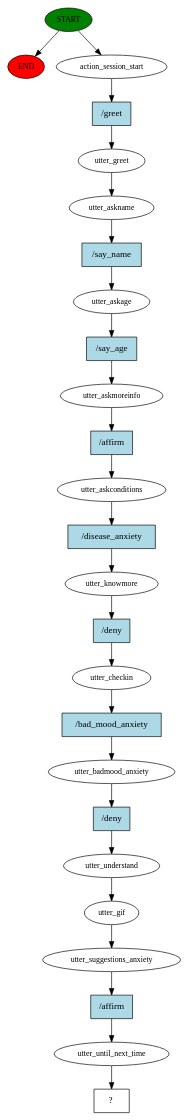
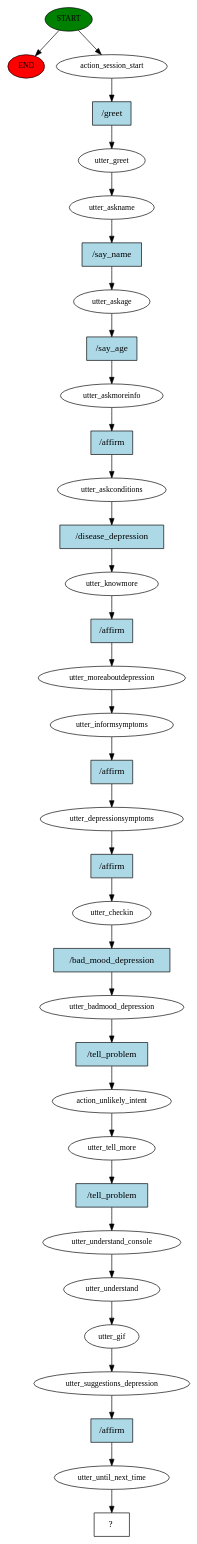
Before and after one commit to josemmsantos14/-ambinteligentes_tp2: the diagram in chatbot/story_graph.dot, drawn with Graphviz. The commit also changed 372 other files, not shown here.

```diff
--- a/chatbot/story_graph.dot
+++ b/chatbot/story_graph.dot
@@ -1,51 +1,69 @@
 digraph  {
 0 [class="start active", fillcolor=green, fontsize=12, label=START, style=filled];
 "-1" [class=end, fillcolor=red, fontsize=12, label=END, style=filled];
 1 [class=active, fontsize=12, label=action_session_start];
 2 [class=active, fontsize=12, label=utter_greet];
 3 [class=active, fontsize=12, label=utter_askname];
 4 [class=active, fontsize=12, label=utter_askage];
 5 [class=active, fontsize=12, label=utter_askmoreinfo];
 6 [class=active, fontsize=12, label=utter_askconditions];
 7 [class=active, fontsize=12, label=utter_knowmore];
-8 [class=active, fontsize=12, label=utter_checkin];
-9 [class=active, fontsize=12, label=utter_badmood_anxiety];
-10 [class=active, fontsize=12, label=utter_understand];
-11 [class=active, fontsize=12, label=utter_gif];
-12 [class=active, fontsize=12, label=utter_suggestions_anxiety];
-13 [class=active, fontsize=12, label=utter_until_next_time];
-14 [class="intent dashed active", label="  ?  ", shape=rect];
-15 [class="intent active", fillcolor=lightblue, label="/greet", shape=rect, style=filled];
-16 [class="intent active", fillcolor=lightblue, label="/say_name", shape=rect, style=filled];
-17 [class="intent active", fillcolor=lightblue, label="/say_age", shape=rect, style=filled];
-18 [class="intent active", fillcolor=lightblue, label="/affirm", shape=rect, style=filled];
-19 [class="intent active", fillcolor=lightblue, label="/disease_anxiety", shape=rect, style=filled];
-20 [class="intent active", fillcolor=lightblue, label="/deny", shape=rect, style=filled];
-21 [class="intent active", fillcolor=lightblue, label="/bad_mood_anxiety", shape=rect, style=filled];
-22 [class="intent active", fillcolor=lightblue, label="/deny", shape=rect, style=filled];
-23 [class="intent active", fillcolor=lightblue, label="/affirm", shape=rect, style=filled];
+8 [class=active, fontsize=12, label=utter_moreaboutdepression];
+9 [class=active, fontsize=12, label=utter_informsymptoms];
+10 [class=active, fontsize=12, label=utter_depressionsymptoms];
+11 [class=active, fontsize=12, label=utter_checkin];
+12 [class=active, fontsize=12, label=utter_badmood_depression];
+13 [class=active, fontsize=12, label=action_unlikely_intent];
+14 [class=active, fontsize=12, label=utter_tell_more];
+15 [class=active, fontsize=12, label=utter_understand_console];
+16 [class=active, fontsize=12, label=utter_understand];
+17 [class=active, fontsize=12, label=utter_gif];
+18 [class=active, fontsize=12, label=utter_suggestions_depression];
+19 [class=active, fontsize=12, label=utter_until_next_time];
+20 [class="intent dashed active", label="  ?  ", shape=rect];
+21 [class="intent active", fillcolor=lightblue, label="/greet", shape=rect, style=filled];
+22 [class="intent active", fillcolor=lightblue, label="/say_name", shape=rect, style=filled];
+23 [class="intent active", fillcolor=lightblue, label="/say_age", shape=rect, style=filled];
+24 [class="intent active", fillcolor=lightblue, label="/affirm", shape=rect, style=filled];
+25 [class="intent active", fillcolor=lightblue, label="/disease_depression", shape=rect, style=filled];
+26 [class="intent active", fillcolor=lightblue, label="/affirm", shape=rect, style=filled];
+27 [class="intent active", fillcolor=lightblue, label="/affirm", shape=rect, style=filled];
+28 [class="intent active", fillcolor=lightblue, label="/affirm", shape=rect, style=filled];
+29 [class="intent active", fillcolor=lightblue, label="/bad_mood_depression", shape=rect, style=filled];
+30 [class="intent active", fillcolor=lightblue, label="/tell_problem", shape=rect, style=filled];
+31 [class="intent active", fillcolor=lightblue, label="/tell_problem", shape=rect, style=filled];
+32 [class="intent active", fillcolor=lightblue, label="/affirm", shape=rect, style=filled];
 0 -> "-1"  [class="", key=NONE, label=""];
 0 -> 1  [class=active, key=NONE, label=""];
-1 -> 15  [class=active, key=0];
+1 -> 21  [class=active, key=0];
 2 -> 3  [class=active, key=NONE, label=""];
-3 -> 16  [class=active, key=0];
-4 -> 17  [class=active, key=0];
-5 -> 18  [class=active, key=0];
-6 -> 19  [class=active, key=0];
-7 -> 20  [class=active, key=0];
-8 -> 21  [class=active, key=0];
-9 -> 22  [class=active, key=0];
-10 -> 11  [class=active, key=NONE, label=""];
-11 -> 12  [class=active, key=NONE, label=""];
-12 -> 23  [class=active, key=0];
+3 -> 22  [class=active, key=0];
+4 -> 23  [class=active, key=0];
+5 -> 24  [class=active, key=0];
+6 -> 25  [class=active, key=0];
+7 -> 26  [class=active, key=0];
+8 -> 9  [class=active, key=NONE, label=""];
+9 -> 27  [class=active, key=0];
+10 -> 28  [class=active, key=0];
+11 -> 29  [class=active, key=0];
+12 -> 30  [class=active, key=0];
 13 -> 14  [class=active, key=NONE, label=""];
-15 -> 2  [class=active, key=0];
-16 -> 4  [class=active, key=0];
-17 -> 5  [class=active, key=0];
-18 -> 6  [class=active, key=0];
-19 -> 7  [class=active, key=0];
-20 -> 8  [class=active, key=0];
-21 -> 9  [class=active, key=0];
-22 -> 10  [class=active, key=0];
-23 -> 13  [class=active, key=0];
+14 -> 31  [class=active, key=0];
+15 -> 16  [class=active, key=NONE, label=""];
+16 -> 17  [class=active, key=NONE, label=""];
+17 -> 18  [class=active, key=NONE, label=""];
+18 -> 32  [class=active, key=0];
+19 -> 20  [class=active, key=NONE, label=""];
+21 -> 2  [class=active, key=0];
+22 -> 4  [class=active, key=0];
+23 -> 5  [class=active, key=0];
+24 -> 6  [class=active, key=0];
+25 -> 7  [class=active, key=0];
+26 -> 8  [class=active, key=0];
+27 -> 10  [class=active, key=0];
+28 -> 11  [class=active, key=0];
+29 -> 12  [class=active, key=0];
+30 -> 13  [class=active, key=0];
+31 -> 15  [class=active, key=0];
+32 -> 19  [class=active, key=0];
 }
```
